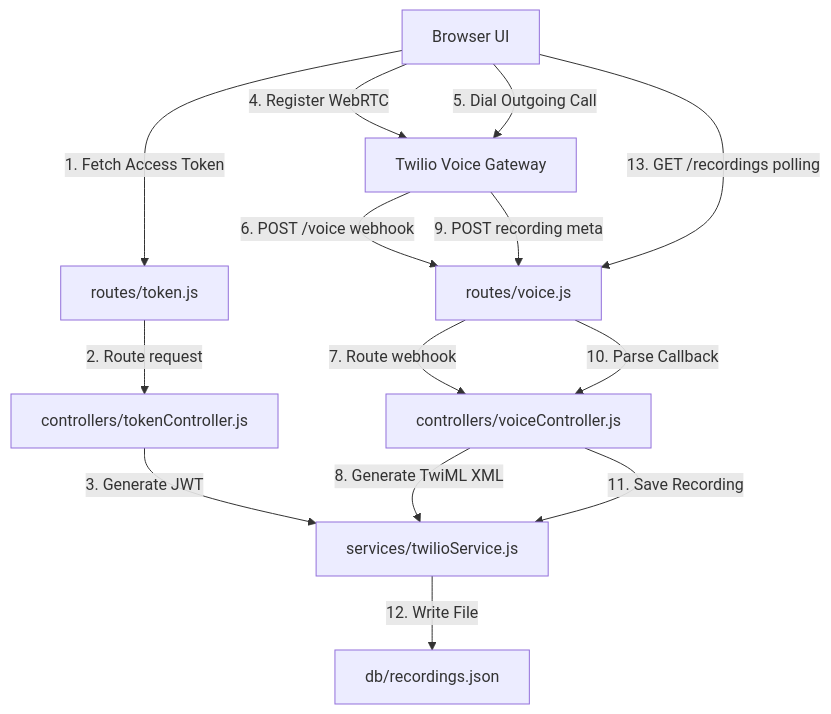
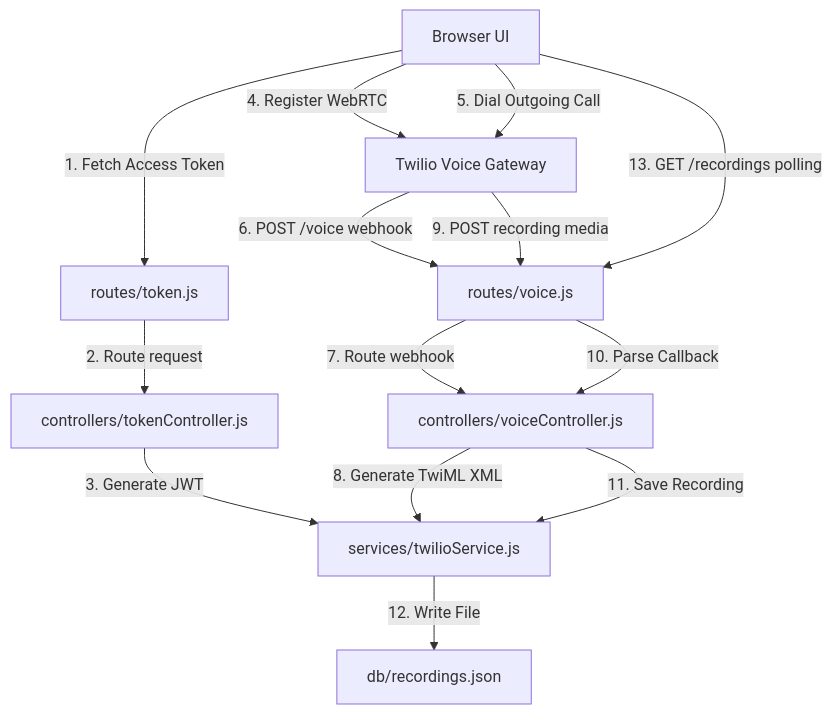
The diagram in README.md (mahmoudEbeid2/voip-webrtc-dialer), drawn with Mermaid before and after one commit. The commit also changed other lines of this file, not shown here.

````diff
--- a/README.md
+++ b/README.md
@@ -147,20 +163,20 @@
 ```mermaid
 graph TD
     Client[Browser UI] -->|1. Fetch Access Token| RouteToken[routes/token.js]
     RouteToken -->|2. Route request| ControllerToken[controllers/tokenController.js]
     ControllerToken -->|3. Generate JWT| ServiceTwilio[services/twilioService.js]
     
     Client -->|4. Register WebRTC| TwilioServer[Twilio Voice Gateway]
     Client -->|5. Dial Outgoing Call| TwilioServer
     
     TwilioServer -->|6. POST /voice webhook| RouteVoice[routes/voice.js]
     RouteVoice -->|7. Route webhook| ControllerVoice[controllers/voiceController.js]
     ControllerVoice -->|8. Generate TwiML XML| ServiceTwilio
     
-    TwilioServer -->|9. POST recording meta| RouteVoice
+    TwilioServer -->|9. POST recording media| RouteVoice
     RouteVoice -->|10. Parse Callback| ControllerVoice
     ControllerVoice -->|11. Save Recording| ServiceTwilio
     ServiceTwilio -->|12. Write File| DB[db/recordings.json]
     
     Client -->|13. GET /recordings polling| RouteVoice
 ```
````
